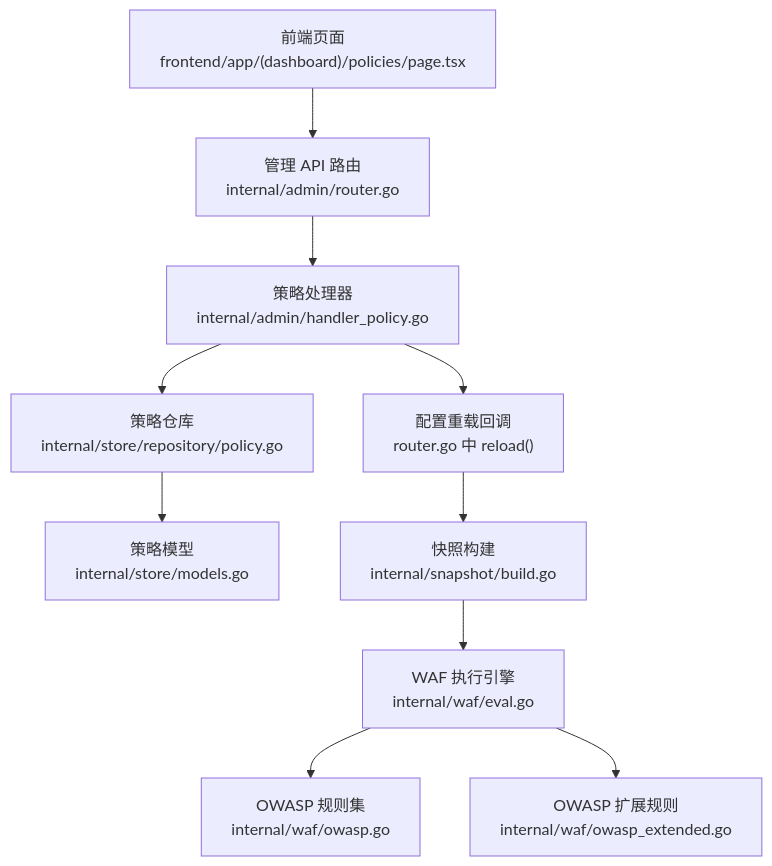
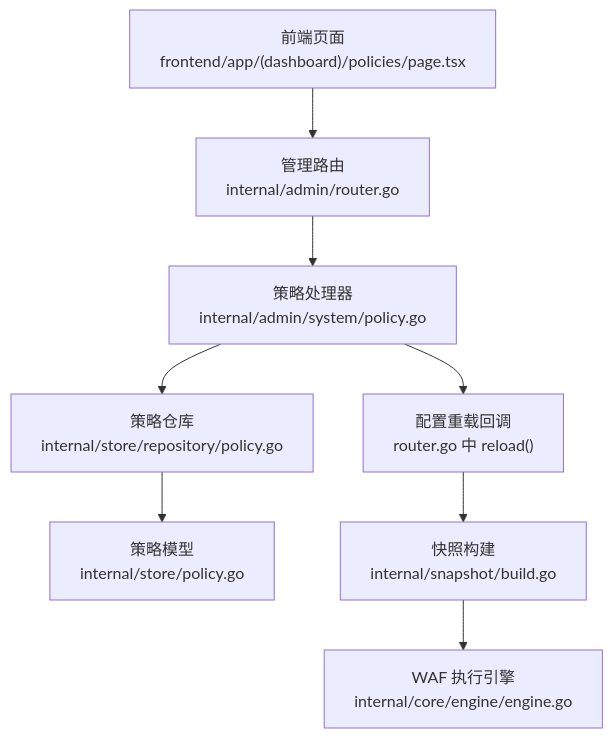
The first of 7 diagrams in docs/管理 API 系统/策略管理 API.md (x01n/My-OpenWaf), drawn with Mermaid before and after one commit. The commit also changed other lines of this file and 199 other files, not shown here.

````diff
--- a/docs/管理 API 系统/策略管理 API.md
+++ b/docs/管理 API 系统/策略管理 API.md
@@ -36,12 +35,10 @@
 ```mermaid
 graph TB
-FE["前端页面<br/>frontend/app/(dashboard)/policies/page.tsx"] --> API["管理 API 路由<br/>internal/admin/router.go"]
-API --> Handler["策略处理器<br/>internal/admin/handler_policy.go"]
+FE["前端页面<br/>frontend/app/(dashboard)/policies/page.tsx"] --> API["管理路由<br/>internal/admin/router.go"]
+API --> Handler["策略处理器<br/>internal/admin/system/policy.go"]
 Handler --> Repo["策略仓库<br/>internal/store/repository/policy.go"]
-Repo --> Model["策略模型<br/>internal/store/models.go"]
+Repo --> Model["策略模型<br/>internal/store/policy.go"]
 Handler --> Reload["配置重载回调<br/>router.go 中 reload()"]
 Reload --> Snapshot["快照构建<br/>internal/snapshot/build.go"]
-Snapshot --> Engine["WAF 执行引擎<br/>internal/waf/eval.go"]
-Engine --> OWASP["OWASP 规则集<br/>internal/waf/owasp.go"]
-Engine --> OWASPExt["OWASP 扩展规则<br/>internal/waf/owasp_extended.go"]
+Snapshot --> Engine["WAF 执行引擎<br/>internal/core/engine/engine.go"]
 ```
````
